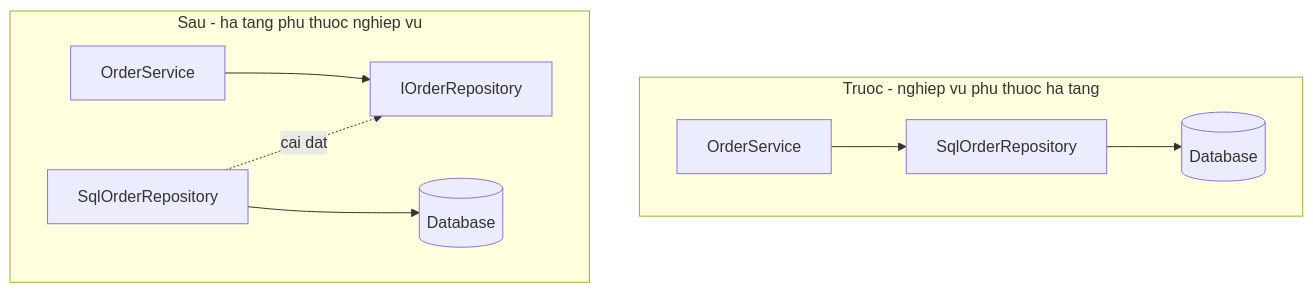
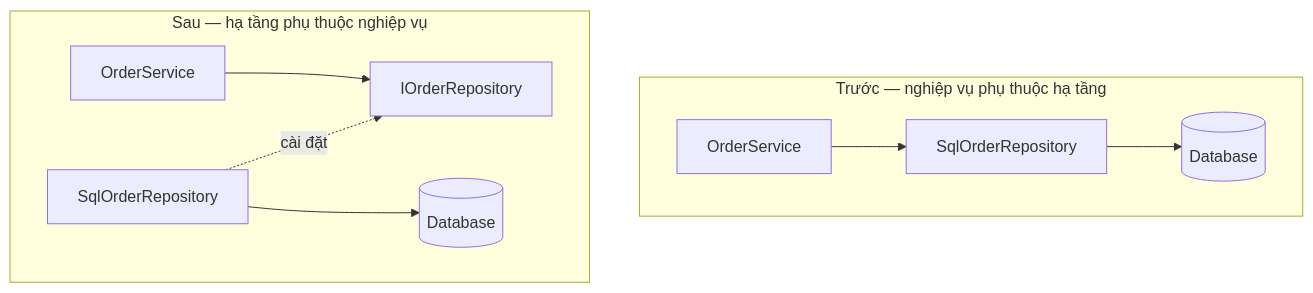
Before and after one commit to TienNHM/tiennhm.github.io: the first of 4 diagrams in docs/09-dotnet-backend-zero-to-senior/stage-02-csharp-professional/module-04-csharp-core/4.4-interface.mdx, drawn with Mermaid. The commit also changed other lines of this file and 11 other files, not shown here.

````diff
--- a/docs/09-dotnet-backend-zero-to-senior/stage-02-csharp-professional/module-04-csharp-core/4.4-interface.mdx
+++ b/docs/09-dotnet-backend-zero-to-senior/stage-02-csharp-professional/module-04-csharp-core/4.4-interface.mdx
@@ -53,12 +53,12 @@
 ```mermaid
 flowchart TD
-    subgraph Truoc[Truoc - nghiep vu phu thuoc ha tang]
+    subgraph Truoc[Trước — nghiệp vụ phụ thuộc hạ tầng]
         A1[OrderService] --> B1[SqlOrderRepository]
         B1 --> C1[(Database)]
     end
-    subgraph Sau[Sau - ha tang phu thuoc nghiep vu]
+    subgraph Sau[Sau — hạ tầng phụ thuộc nghiệp vụ]
         A2[OrderService] --> I[IOrderRepository]
-        B2[SqlOrderRepository] -.cai dat.-> I
+        B2[SqlOrderRepository] -."cài đặt".-> I
         B2 --> C2[(Database)]
     end
 ```
````
